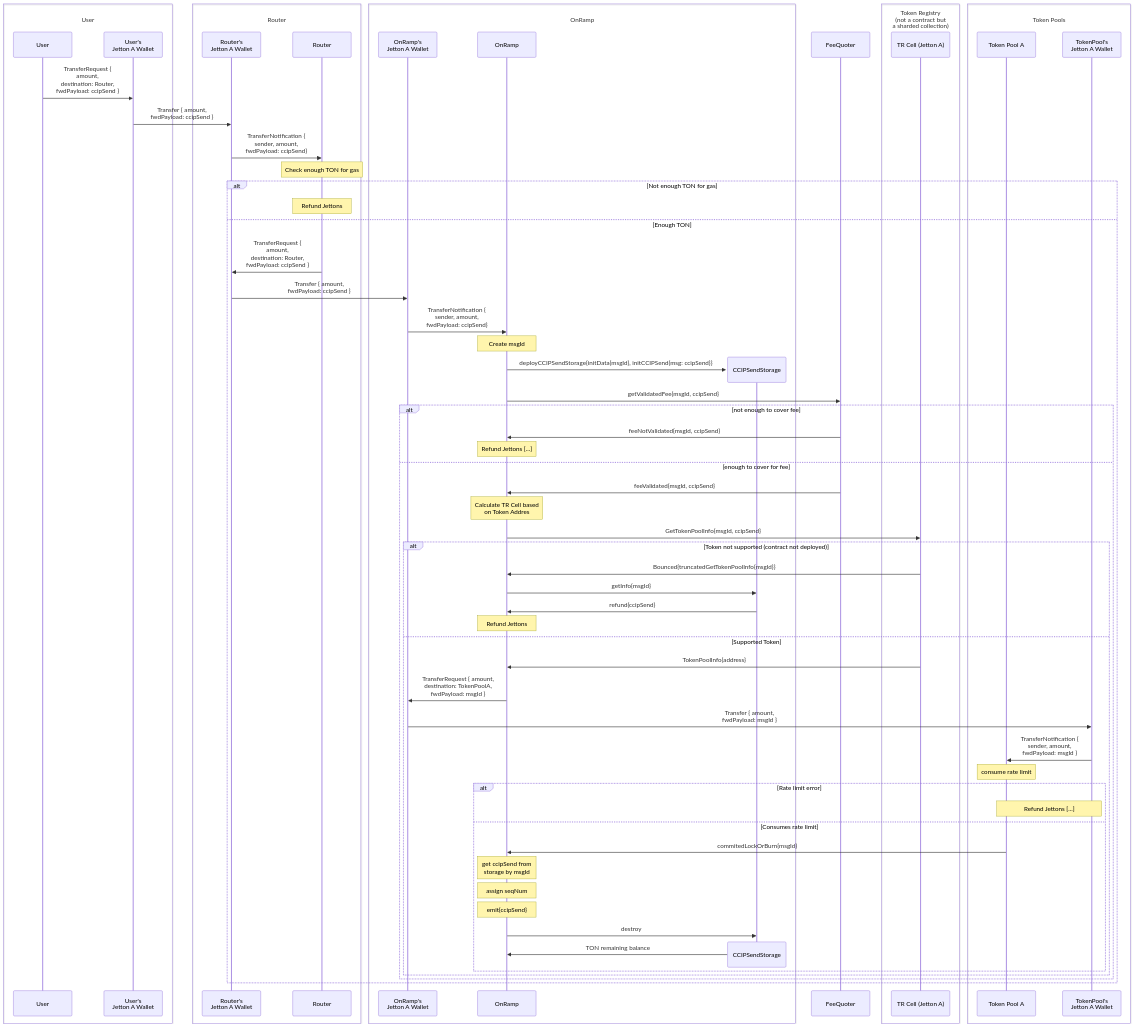
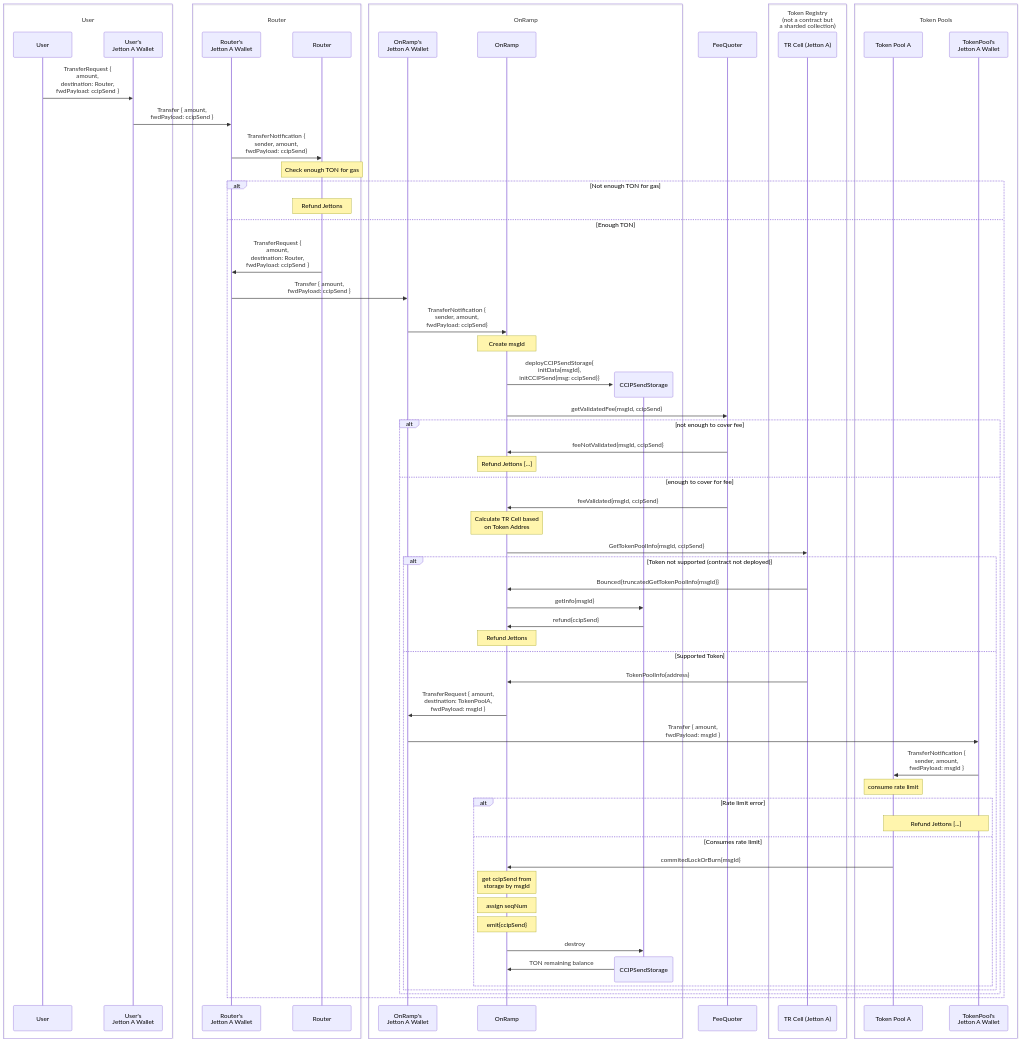
One commit to smartcontractkit/chainlink-ton changed the diagram in docs/contracts/flow.md. Above: the diagram before and after it, drawn with Mermaid.

Commit message:
ref: styling

```diff
--- a/docs/contracts/flow.md
+++ b/docs/contracts/flow.md
@@ -37,7 +37,7 @@
 
     Note over OR: Create msgId
     create participant CS as CCIPSendStorage
-    OR ->> CS: deployCCIPSendStorage{initData{msgId}, initCCIPSend{msg: ccipSend}}
+    OR ->> CS: deployCCIPSendStorage{<br>initData{msgId},<br>initCCIPSend{msg: ccipSend}}
 
     box OnRamp
     participant ORJW as OnRamp's <br>Jetton A Wallet
```
